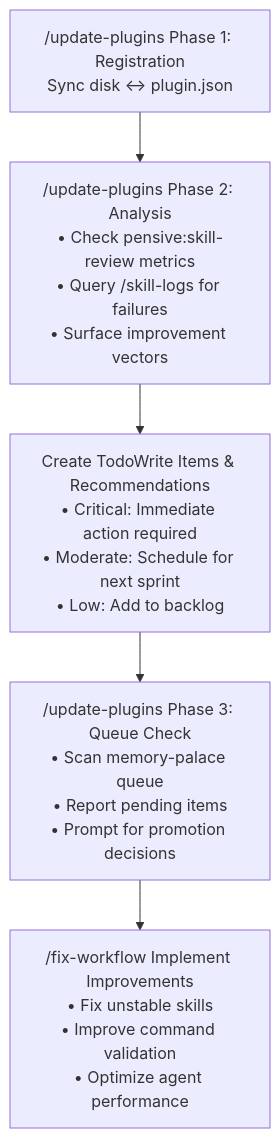
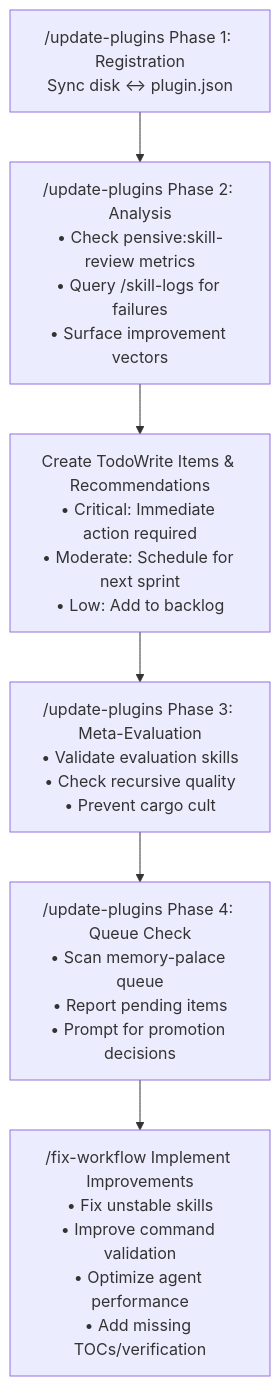
One commit to athola/claude-night-market changed the diagram in plugins/sanctum/commands/update-plugins.md. Above: the diagram before and after it, drawn with Mermaid. The commit also changed other lines of this file and 41 other files, not shown here.

````diff
--- a/plugins/sanctum/commands/update-plugins.md
+++ b/plugins/sanctum/commands/update-plugins.md
@@ -285,8 +373,9 @@
 ```mermaid
 flowchart TD
     A["/update-plugins Phase 1: Registration<br/>Sync disk ↔ plugin.json"] --> B
     B["/update-plugins Phase 2: Analysis<br/>• Check pensive:skill-review metrics<br/>• Query /skill-logs for failures<br/>• Surface improvement vectors"] --> C
     C["Create TodoWrite Items & Recommendations<br/>• Critical: Immediate action required<br/>• Moderate: Schedule for next sprint<br/>• Low: Add to backlog"] --> D
-    D["/update-plugins Phase 3: Queue Check<br/>• Scan memory-palace queue<br/>• Report pending items<br/>• Prompt for promotion decisions"] --> E
-    E["/fix-workflow Implement Improvements<br/>• Fix unstable skills<br/>• Improve command validation<br/>• Optimize agent performance"]
+    D["/update-plugins Phase 3: Meta-Evaluation<br/>• Validate evaluation skills<br/>• Check recursive quality<br/>• Prevent cargo cult"] --> E
+    E["/update-plugins Phase 4: Queue Check<br/>• Scan memory-palace queue<br/>• Report pending items<br/>• Prompt for promotion decisions"] --> F
+    F["/fix-workflow Implement Improvements<br/>• Fix unstable skills<br/>• Improve command validation<br/>• Optimize agent performance<br/>• Add missing TOCs/verification"]
 ```
````
